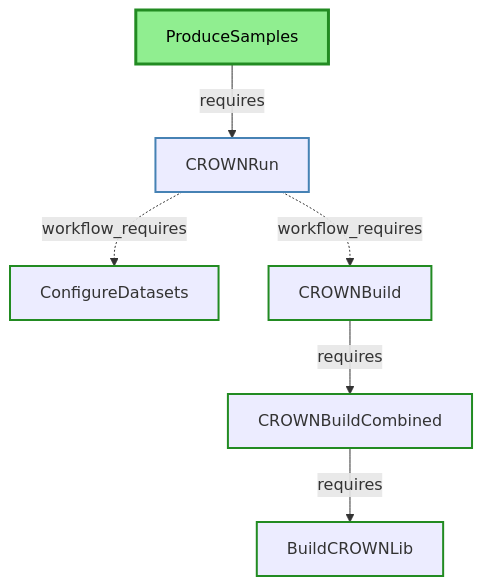
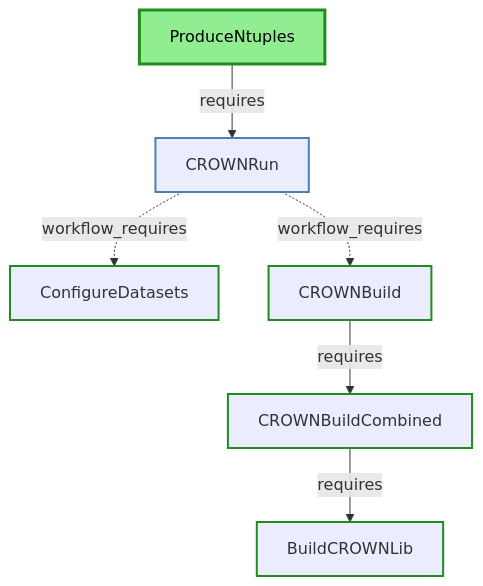
One commit to KIT-CMS/KingMaker changed the third of 4 diagrams in processor/DEPENDENCIES_DIAGRAM.md. Above: the diagram before and after it, drawn with Mermaid. The commit also changed other lines of this file and 1 other file, not shown here.

Commit message:
adapt class diagram and dependencies diagram to changes

````diff
--- a/processor/DEPENDENCIES_DIAGRAM.md
+++ b/processor/DEPENDENCIES_DIAGRAM.md
@@ -107,30 +85,30 @@
 ```mermaid
 flowchart TD
   %% CROWN Ntuple Production Tasks
-  ProduceSamples["ProduceSamples"]
+  ProduceNtuples["ProduceNtuples"]
   CROWNRun["CROWNRun"]
   ConfigureDatasets["ConfigureDatasets"]
   CROWNBuildCombined["CROWNBuildCombined"]
   CROWNBuild["CROWNBuild"]
   BuildCROWNLib["BuildCROWNLib"]
 
   %% CROWN Ntuple Production dependencies
   CROWNRun -.->|workflow_requires| ConfigureDatasets
   CROWNRun -.->|workflow_requires| CROWNBuild
   CROWNBuildCombined -->|requires| BuildCROWNLib
   CROWNBuild -->|requires| CROWNBuildCombined
-  ProduceSamples -->|requires| CROWNRun
+  ProduceNtuples -->|requires| CROWNRun
 
   %% Styling for top-level entry points
-  style ProduceSamples fill:#90EE90,stroke:#228B22,stroke-width:3px,color:#000
+  style ProduceNtuples fill:#90EE90,stroke:#228B22,stroke-width:3px,color:#000
 
   %% Styling for workflow tasks
   style CROWNRun stroke:#4682B4,stroke-width:2px
 
   %% Styling for local tasks with green border
   style ConfigureDatasets stroke:#228B22,stroke-width:2px
   style CROWNBuildCombined stroke:#228B22,stroke-width:2px
   style CROWNBuild stroke:#228B22,stroke-width:2px
   style BuildCROWNLib stroke:#228B22,stroke-width:2px
 
 ```
````
